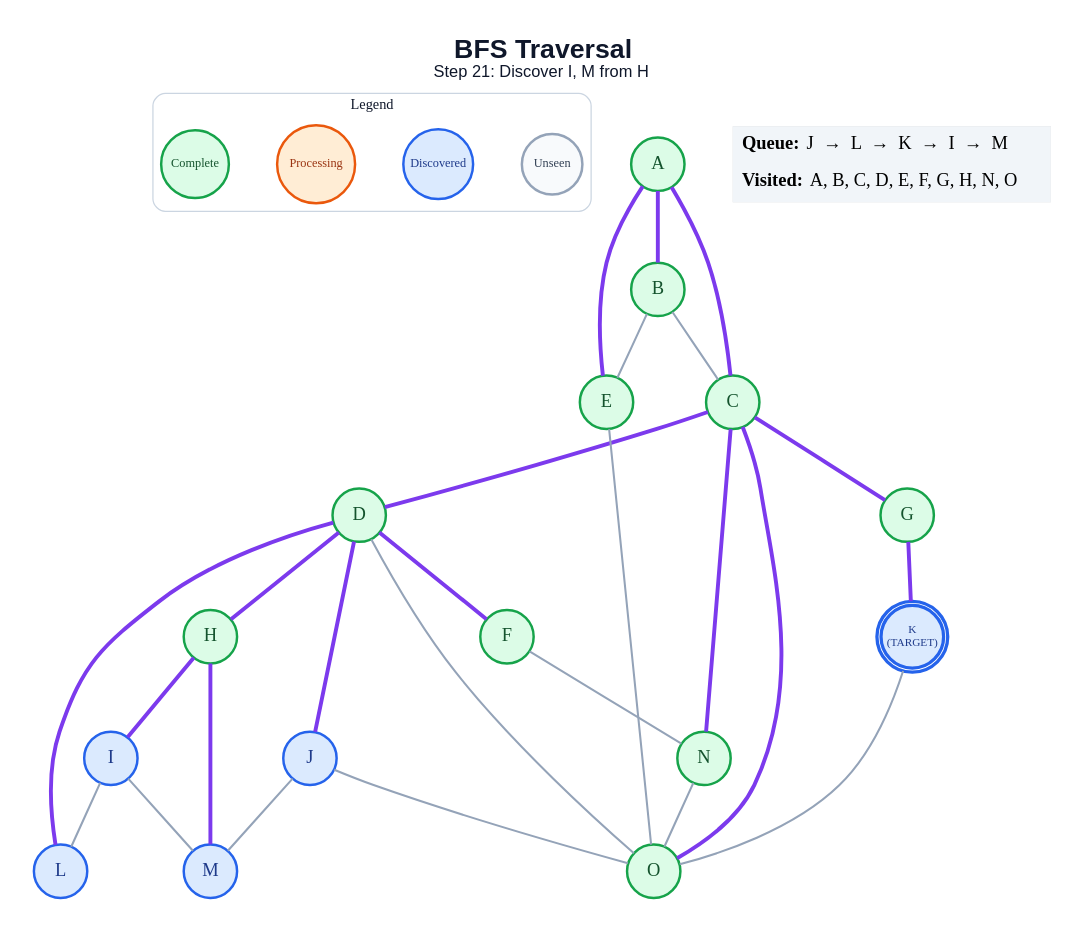
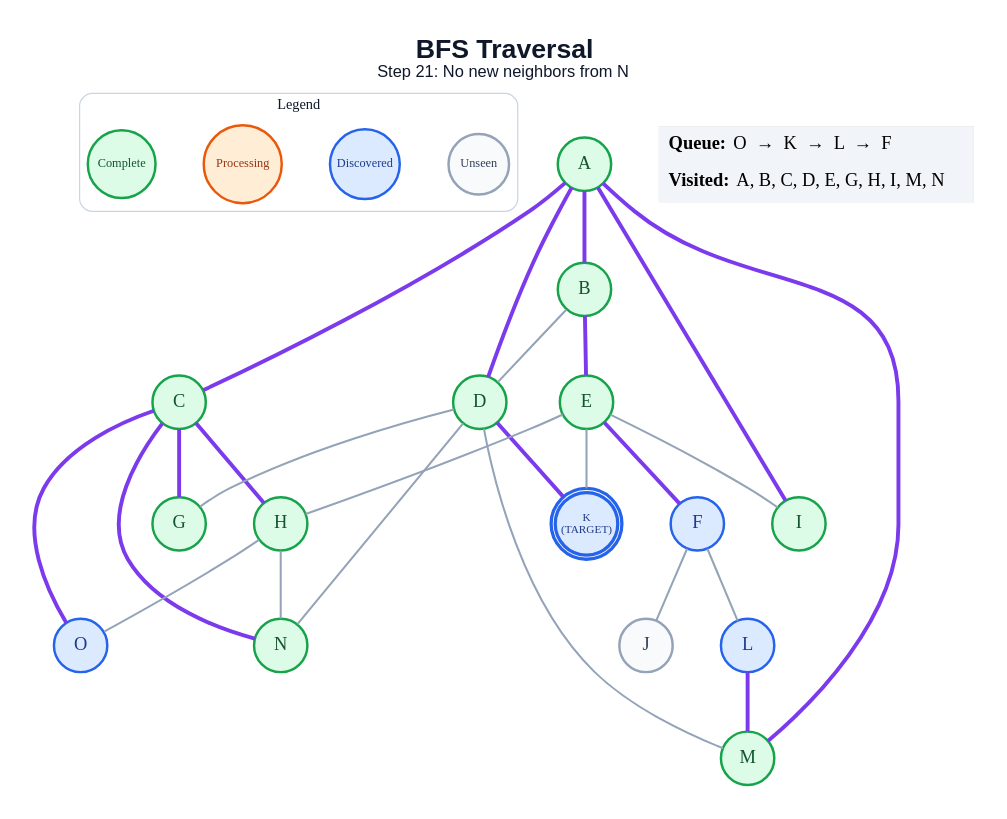
The diagram in generated/bfs/step_21.dot (anon7238593-create/ai-slop), drawn with Graphviz before and after one commit. The commit also changed 309 other files, not shown here.

```diff
--- a/generated/bfs/step_21.dot
+++ b/generated/bfs/step_21.dot
@@ -1,59 +1,58 @@
 graph traversal {
   graph [layout=dot, rankdir=TB, bgcolor="#FFFFFF", pad="0.35", nodesep="0.65", ranksep="0.8", fontname="Arial"];
   node [shape=circle, style="filled", fontname="Arial Bold", fontsize=18, width=0.72, fixedsize=true, penwidth=2.4];
   edge [color="#94A3B8", penwidth=2.0];
-  label=<<B>BFS Traversal</B><BR/><FONT POINT-SIZE="16">Step 21: Discover I, M from H</FONT>>; labelloc="t"; fontsize=26; fontname="Arial"; fontcolor="#0F172A";
+  label=<<B>BFS Traversal</B><BR/><FONT POINT-SIZE="16">Step 21: No new neighbors from N</FONT>>; labelloc="t"; fontsize=26; fontname="Arial"; fontcolor="#0F172A";
   subgraph cluster_legend { label="Legend"; color="#CBD5E1"; penwidth=1.2; style="rounded"; fontsize=14; fontname="Arial Bold";
     key_unseen [label="Unseen", fillcolor="#F8FAFC", color="#94A3B8", fontcolor="#334155", fontsize=12, width=0.82];
     key_frontier [label="Discovered", fillcolor="#DBEAFE", color="#2563EB", fontcolor="#1E3A8A", fontsize=12, width=0.95];
     key_current [label="Processing", fillcolor="#FFEDD5", color="#EA580C", fontcolor="#9A3412", fontsize=12, width=1.05];
     key_done [label="Complete", fillcolor="#DCFCE7", color="#16A34A", fontcolor="#14532D", fontsize=12, width=0.92];
     { rank=same; key_unseen; key_frontier; key_current; key_done; }
   }
   A [label="A", fillcolor="#DCFCE7", color="#16A34A", fontcolor="#14532D", peripheries=1, penwidth=2.4];
   B [label="B", fillcolor="#DCFCE7", color="#16A34A", fontcolor="#14532D", peripheries=1, penwidth=2.4];
   C [label="C", fillcolor="#DCFCE7", color="#16A34A", fontcolor="#14532D", peripheries=1, penwidth=2.4];
   D [label="D", fillcolor="#DCFCE7", color="#16A34A", fontcolor="#14532D", peripheries=1, penwidth=2.4];
   E [label="E", fillcolor="#DCFCE7", color="#16A34A", fontcolor="#14532D", peripheries=1, penwidth=2.4];
-  F [label="F", fillcolor="#DCFCE7", color="#16A34A", fontcolor="#14532D", peripheries=1, penwidth=2.4];
+  F [label="F", fillcolor="#DBEAFE", color="#2563EB", fontcolor="#1E3A8A", peripheries=1, penwidth=2.4];
   G [label="G", fillcolor="#DCFCE7", color="#16A34A", fontcolor="#14532D", peripheries=1, penwidth=2.4];
   H [label="H", fillcolor="#DCFCE7", color="#16A34A", fontcolor="#14532D", peripheries=1, penwidth=2.4];
-  I [label="I", fillcolor="#DBEAFE", color="#2563EB", fontcolor="#1E3A8A", peripheries=1, penwidth=2.4];
-  J [label="J", fillcolor="#DBEAFE", color="#2563EB", fontcolor="#1E3A8A", peripheries=1, penwidth=2.4];
+  I [label="I", fillcolor="#DCFCE7", color="#16A34A", fontcolor="#14532D", peripheries=1, penwidth=2.4];
+  J [label="J", fillcolor="#F8FAFC", color="#94A3B8", fontcolor="#334155", peripheries=1, penwidth=2.4];
   K [label="K\n(TARGET)", fillcolor="#DBEAFE", color="#2563EB", fontcolor="#1E3A8A", peripheries=2, penwidth=3.2, fontsize=11, width=0.85, height=0.85];
   L [label="L", fillcolor="#DBEAFE", color="#2563EB", fontcolor="#1E3A8A", peripheries=1, penwidth=2.4];
-  M [label="M", fillcolor="#DBEAFE", color="#2563EB", fontcolor="#1E3A8A", peripheries=1, penwidth=2.4];
+  M [label="M", fillcolor="#DCFCE7", color="#16A34A", fontcolor="#14532D", peripheries=1, penwidth=2.4];
   N [label="N", fillcolor="#DCFCE7", color="#16A34A", fontcolor="#14532D", peripheries=1, penwidth=2.4];
-  O [label="O", fillcolor="#DCFCE7", color="#16A34A", fontcolor="#14532D", peripheries=1, penwidth=2.4];
+  O [label="O", fillcolor="#DBEAFE", color="#2563EB", fontcolor="#1E3A8A", peripheries=1, penwidth=2.4];
   A -- B [color="#7C3AED", penwidth=3.8];
   A -- C [color="#7C3AED", penwidth=3.8];
-  A -- E [color="#7C3AED", penwidth=3.8];
-  B -- C;
-  B -- E;
-  C -- D [color="#7C3AED", penwidth=3.8];
+  A -- D [color="#7C3AED", penwidth=3.8];
+  A -- I [color="#7C3AED", penwidth=3.8];
+  A -- M [color="#7C3AED", penwidth=3.8];
+  B -- D;
+  B -- E [color="#7C3AED", penwidth=3.8];
   C -- G [color="#7C3AED", penwidth=3.8];
+  C -- H [color="#7C3AED", penwidth=3.8];
   C -- N [color="#7C3AED", penwidth=3.8];
   C -- O [color="#7C3AED", penwidth=3.8];
-  D -- F [color="#7C3AED", penwidth=3.8];
-  D -- H [color="#7C3AED", penwidth=3.8];
-  D -- J [color="#7C3AED", penwidth=3.8];
-  D -- L [color="#7C3AED", penwidth=3.8];
-  D -- O;
-  E -- O;
-  F -- N;
-  G -- K [color="#7C3AED", penwidth=3.8];
-  H -- I [color="#7C3AED", penwidth=3.8];
-  H -- M [color="#7C3AED", penwidth=3.8];
-  I -- L;
-  I -- M;
-  J -- M;
-  J -- O;
-  K -- O;
-  N -- O;
+  D -- G;
+  D -- K [color="#7C3AED", penwidth=3.8];
+  D -- M;
+  D -- N;
+  E -- F [color="#7C3AED", penwidth=3.8];
+  E -- H;
+  E -- I;
+  E -- K;
+  F -- J;
+  F -- L;
+  H -- N;
+  H -- O;
+  L -- M [color="#7C3AED", penwidth=3.8];
   status [shape=plain, fixedsize=false, width=0, height=0, margin=0, label=<
     <TABLE BORDER="0" CELLBORDER="0" CELLPADDING="7" BGCOLOR="#F1F5F9">
-      <TR><TD ALIGN="LEFT"><B>Queue:</B> J  →  L  →  K  →  I  →  M</TD></TR>
-      <TR><TD ALIGN="LEFT"><B>Visited:</B> A, B, C, D, E, F, G, H, N, O</TD></TR>
+      <TR><TD ALIGN="LEFT"><B>Queue:</B> O  →  K  →  L  →  F</TD></TR>
+      <TR><TD ALIGN="LEFT"><B>Visited:</B> A, B, C, D, E, G, H, I, M, N</TD></TR>
     </TABLE>
   >];
 }
```
